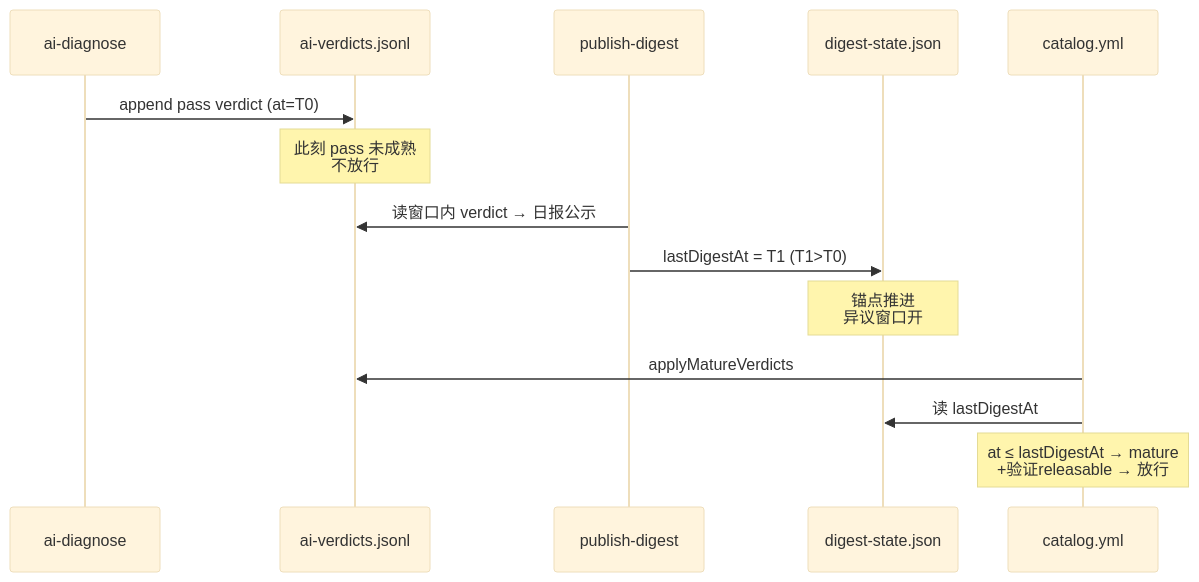
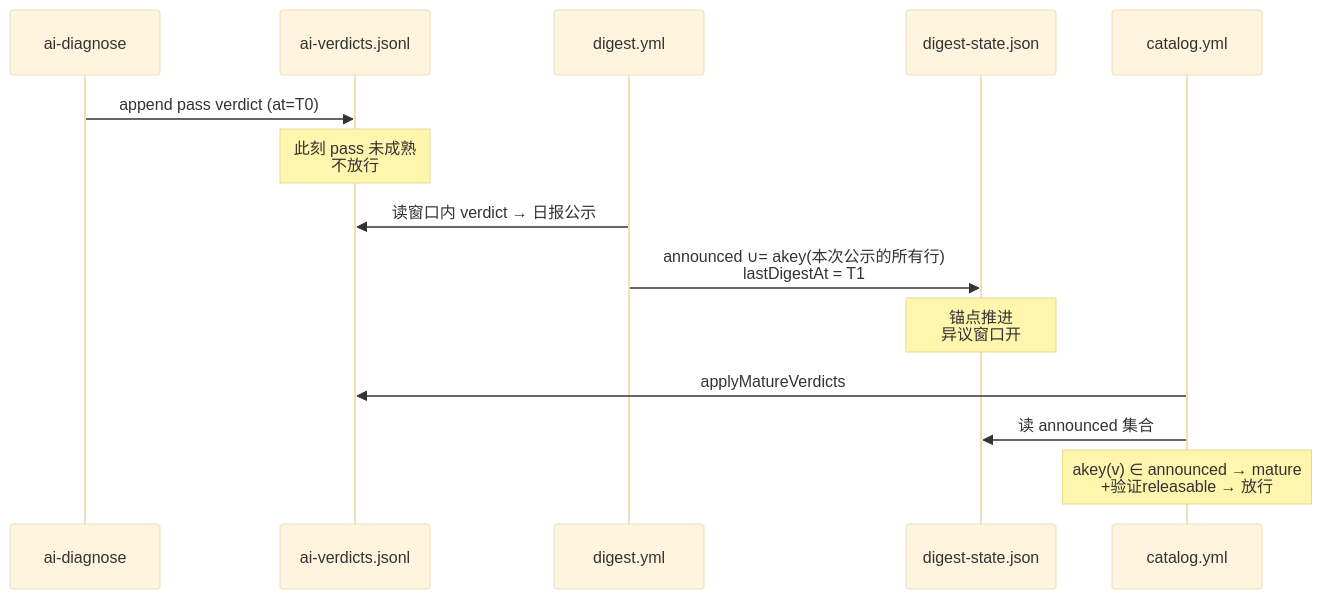
The seventh of 11 diagrams in docs/DATA-FLOWS.md (awesome-market/awesome-opencode-market), drawn with Mermaid (base theme) before and after one commit. The commit also changed other lines of this file and 8 other files, not shown here.

````diff
--- a/docs/DATA-FLOWS.md
+++ b/docs/DATA-FLOWS.md
@@ -438,16 +497,16 @@
 ```mermaid
 sequenceDiagram
   participant AI as ai-diagnose
   participant VJ as ai-verdicts.jsonl
-  participant DG as publish-digest
+  participant DG as digest.yml
   participant ST as digest-state.json
   participant CAT as catalog.yml
   AI->>VJ: append pass verdict (at=T0)
   Note over VJ: 此刻 pass 未成熟<br/>不放行
   DG->>VJ: 读窗口内 verdict → 日报公示
-  DG->>ST: lastDigestAt = T1 (T1>T0)
+  DG->>ST: announced ∪= akey(本次公示的所有行)<br/>lastDigestAt = T1
   Note over ST: 锚点推进<br/>异议窗口开
   CAT->>VJ: applyMatureVerdicts
-  CAT->>ST: 读 lastDigestAt
-  Note over CAT: at ≤ lastDigestAt → mature<br/>+验证releasable → 放行
+  CAT->>ST: 读 announced 集合
+  Note over CAT: akey(v) ∈ announced → mature<br/>+验证releasable → 放行
 ```
````
